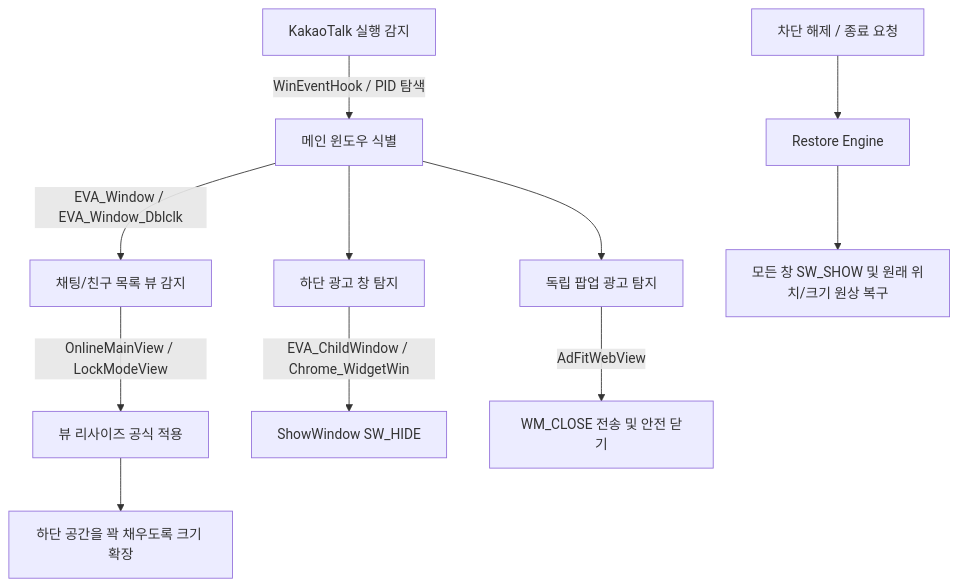
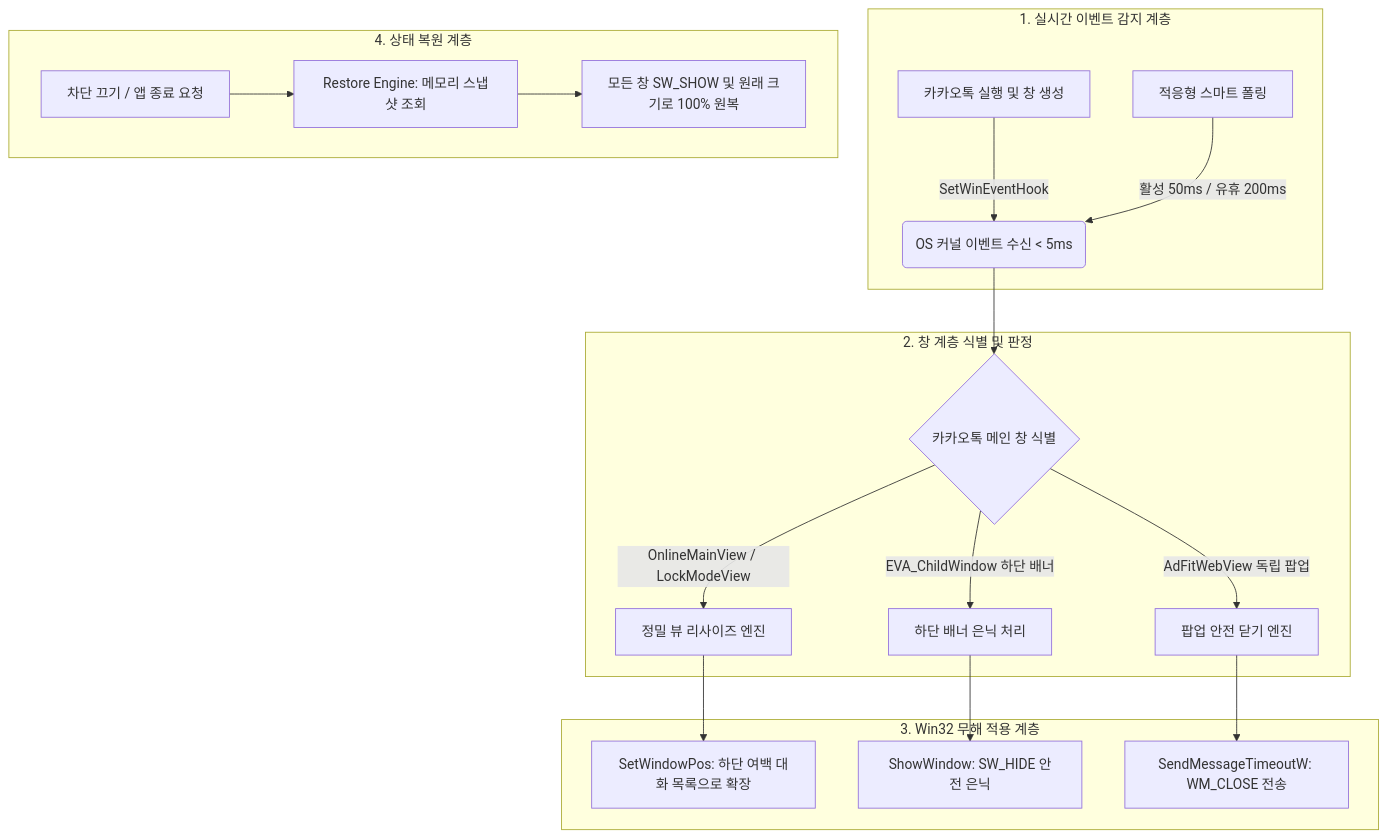
Before and after one commit to twbeatles/kakaotalk-layout-adblocker: the diagram in README.md, drawn with Mermaid. The commit also changed other lines of this file, not shown here.

````diff
--- a/README.md
+++ b/README.md
@@ -148,14 +109,25 @@
 ```mermaid
 flowchart TD
-    A[KakaoTalk 실행 감지] -->|WinEventHook / PID 탐색| B[메인 윈도우 식별]
-    B -->|EVA_Window / EVA_Window_Dblclk| C[채팅/친구 목록 뷰 감지]
-    C -->|OnlineMainView / LockModeView| D[뷰 리사이즈 공식 적용]
-    D --> E[하단 공간을 꽉 채우도록 크기 확장]
-    B --> F[하단 광고 창 탐지]
-    F -->|EVA_ChildWindow / Chrome_WidgetWin| G[ShowWindow SW_HIDE]
-    B --> H[독립 팝업 광고 탐지]
-    H -->|AdFitWebView| I[WM_CLOSE 전송 및 안전 닫기]
-    
-    J[차단 해제 / 종료 요청] --> K[Restore Engine]
-    K --> L[모든 창 SW_SHOW 및 원래 위치/크기 원상 복구]
+    subgraph Detection["1. 실시간 이벤트 감지 계층"]
+        A[카카오톡 실행 및 창 생성] -->|SetWinEventHook| B(OS 커널 이벤트 수신 < 5ms)
+        C[적응형 스마트 폴링] -->|활성 50ms / 유휴 200ms| B
+    end
+
+    subgraph Inspection["2. 창 계층 식별 및 판정"]
+        B --> D{카카오톡 메인 창 식별}
+        D -->|OnlineMainView / LockModeView| E[정밀 뷰 리사이즈 엔진]
+        D -->|EVA_ChildWindow 하단 배너| F[하단 배너 은닉 처리]
+        D -->|AdFitWebView 독립 팝업| G[팝업 안전 닫기 엔진]
+    end
+
+    subgraph Action["3. Win32 무해 적용 계층"]
+        E --> H[SetWindowPos: 하단 여백 대화 목록으로 확장]
+        F --> I[ShowWindow: SW_HIDE 안전 은닉]
+        G --> J[SendMessageTimeoutW: WM_CLOSE 전송]
+    end
+
+    subgraph Restore["4. 상태 복원 계층"]
+        K[차단 끄기 / 앱 종료 요청] --> L[Restore Engine: 메모리 스냅샷 조회]
+        L --> M[모든 창 SW_SHOW 및 원래 크기로 100% 원복]
+    end
 ```
````
